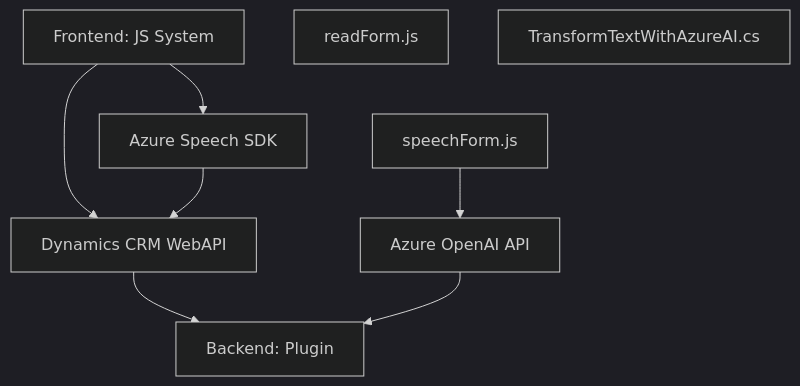
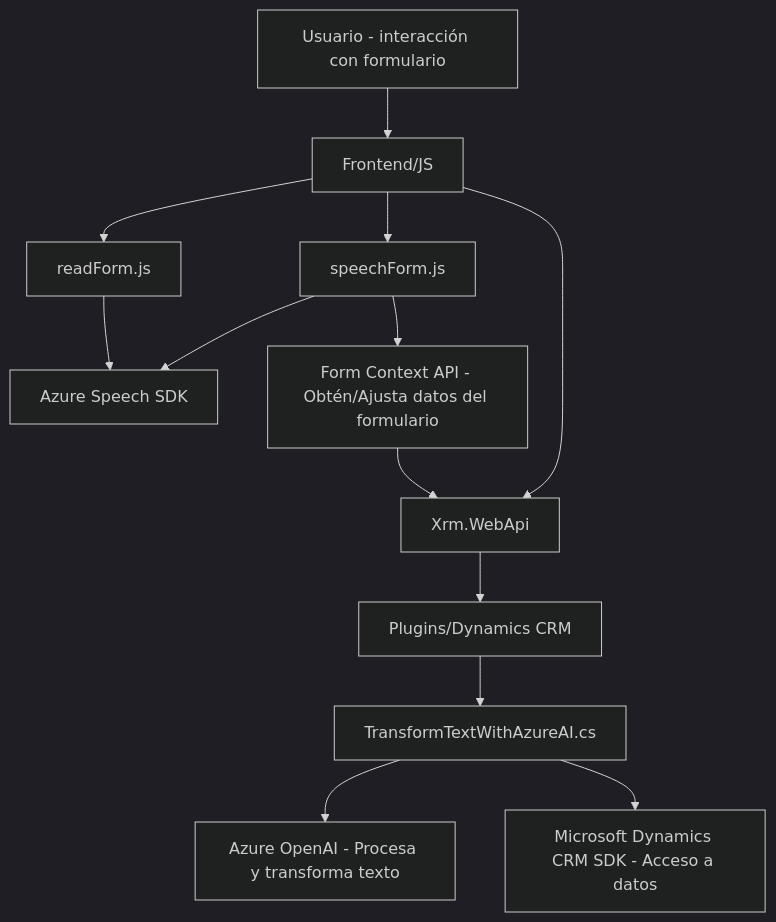
One commit to blopezdm/NETCORE_BILBAO2025 changed the diagram in README.md. Above: the diagram before and after it, drawn with Mermaid (dark theme). The commit also changed other lines of this file, not shown here.

Commit message:
Actualizar análisis global de la solución con IA

````diff
--- a/README.md
+++ b/README.md
@@ -46,17 +40,16 @@
 ```mermaid
 graph TD
-    A["Frontend: JS System"]
-    A1["readForm.js"]
-    A2["speechForm.js"]
-    B["Azure Speech SDK"]
-    C["Dynamics CRM WebAPI"]
-    D["Azure OpenAI API"]
-    E["Backend: Plugin"]
-    E1["TransformTextWithAzureAI.cs"]
-    A --> B
-    A --> C
-    B --> C
-    A2 --> D
-    C --> E
+    A["Usuario - interacción con formulario"] --> B["Frontend/JS"]
+    B --> C["readForm.js"]
+    B --> D["speechForm.js"]
+    C --> E["Azure Speech SDK"]
     D --> E
+    D --> F["Form Context API - Obtén/Ajusta datos del formulario"]
+    B --> G["Xrm.WebApi"]
+    F --> G
+
+    G --> H["Plugins/Dynamics CRM"]
+    H --> I["TransformTextWithAzureAI.cs"]
+    I --> J["Azure OpenAI - Procesa y transforma texto"]
+    I --> K["Microsoft Dynamics CRM SDK - Acceso a datos"]
 ```
````
